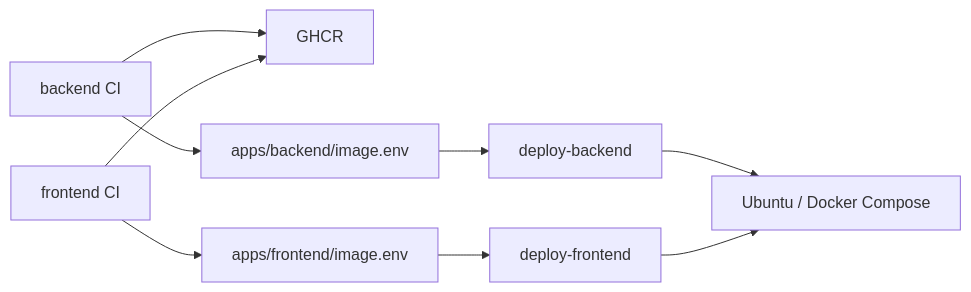
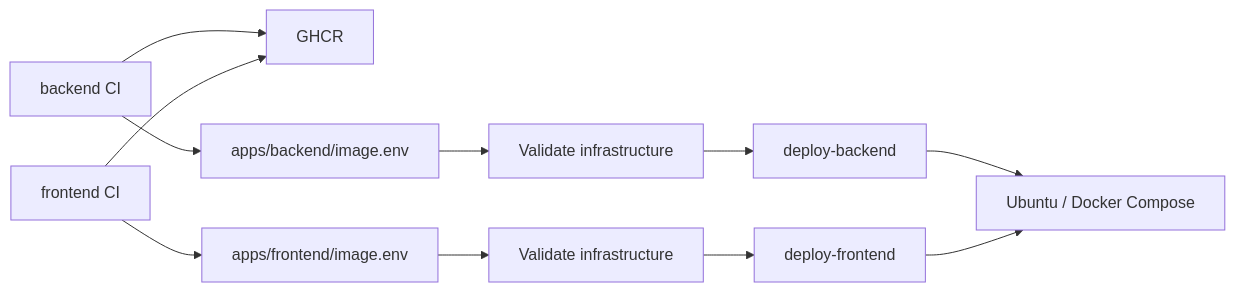
The diagram in README.md (AgroZanjir/infra), drawn with Mermaid before and after one commit. The commit also changed other lines of this file and 7 other files, not shown here.

````diff
--- a/README.md
+++ b/README.md
@@ -6,11 +6,13 @@
 ```mermaid
 flowchart LR
   B[backend CI] --> G[GHCR]
   F[frontend CI] --> G
   B --> BI[apps/backend/image.env]
   F --> FI[apps/frontend/image.env]
-  BI --> BD[deploy-backend]
-  FI --> FD[deploy-frontend]
+  BI --> BV[Validate infrastructure]
+  FI --> FV[Validate infrastructure]
+  BV --> BD[deploy-backend]
+  FV --> FD[deploy-frontend]
   BD --> V[Ubuntu / Docker Compose]
   FD --> V
 ```
````
